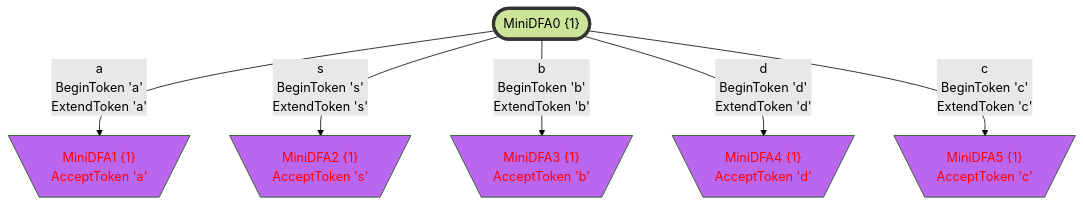
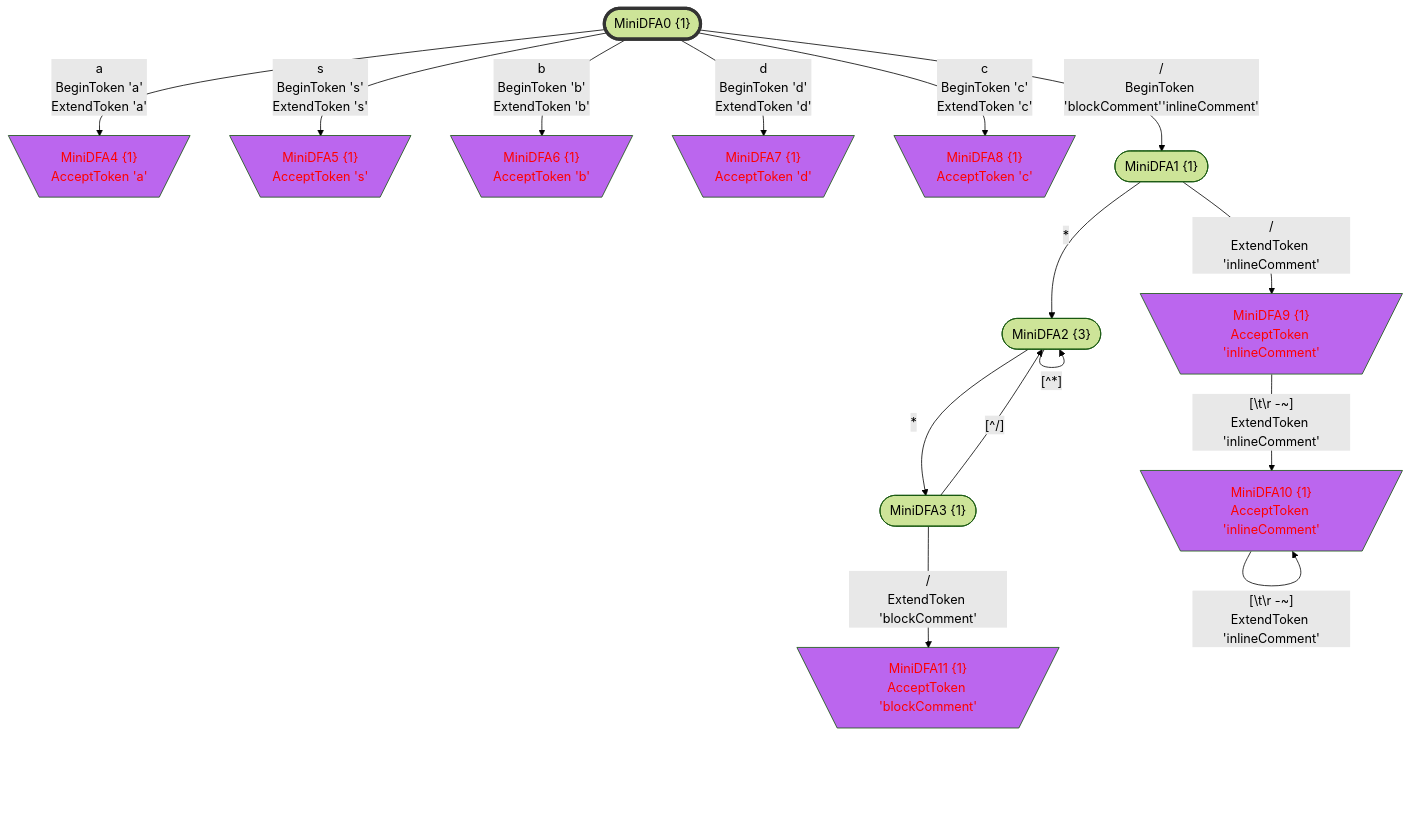
One commit to bitzhuwei/GrammarMentor changed the seventh of 7 diagrams in Practices/Practice.GeneratedXxxFormat.Test/GeneratedSAB/doc/LexicalStates.gen.md. Above: the diagram before and after it, drawn with Mermaid (forest theme). The commit also changed other lines of this file and 3868 other files, not shown here.

````diff
--- a/Practices/Practice.GeneratedXxxFormat.Test/GeneratedSAB/doc/LexicalStates.gen.md
+++ b/Practices/Practice.GeneratedXxxFormat.Test/GeneratedSAB/doc/LexicalStates.gen.md
@@ -647,50 +1080,76 @@
 ```Mermaid
 flowchart
 classDef c0001 color:#FF0000;
 classDef c0010 stroke-dasharray: 10 10;
 classDef c0011 stroke-dasharray: 10 10,color:#FF0000;
 classDef c0100 fill:#BB66EE;
 classDef c0101 fill:#BB66EE,color:#FF0000;
 classDef c0110 fill:#BB66EE,stroke-dasharray: 10 10;
 classDef c0111 fill:#BB66EE,stroke-dasharray: 10 10,color:#FF0000;
 classDef c1000 stroke:#333,stroke-width:4px;
 classDef c1001 stroke:#333,stroke-width:4px,color:#FF0000;
 classDef c1010 stroke:#333,stroke-width:4px,stroke-dasharray: 10 10;
 classDef c1011 stroke:#333,stroke-width:4px,stroke-dasharray: 10 10,color:#FF0000;
 classDef c1100 stroke:#333,stroke-width:4px,fill:#BB66EE;
 classDef c1101 stroke:#333,stroke-width:4px,fill:#BB66EE,color:#FF0000;
 classDef c1110 stroke:#333,stroke-width:4px,fill:#BB66EE,stroke-dasharray: 10 10;
 classDef c1111 stroke:#333,stroke-width:4px,fill:#BB66EE,stroke-dasharray: 10 10,color:#FF0000;
-MiniDFA0_1624780686(["MiniDFA0 {1}"])
-class MiniDFA0_1624780686 c1000;
-MiniDFA1_-194746031[\"MiniDFA1 {1}
+MiniDFA0_266130706(["MiniDFA0 {1}"])
+class MiniDFA0_266130706 c1000;
+MiniDFA4_1173141555[\"MiniDFA4 {1}
 AcceptToken 'a'"/]
-class MiniDFA1_-194746031 c0101;
-MiniDFA2_1371428703[\"MiniDFA2 {1}
+class MiniDFA4_1173141555 c0101;
+MiniDFA5_1460028246[\"MiniDFA5 {1}
 AcceptToken 's'"/]
-class MiniDFA2_1371428703 c0101;
-MiniDFA3_-2016048439[\"MiniDFA3 {1}
+class MiniDFA5_1460028246 c0101;
+MiniDFA6_-2120954286[\"MiniDFA6 {1}
 AcceptToken 'b'"/]
-class MiniDFA3_-2016048439 c0101;
-MiniDFA4_-7959560[\"MiniDFA4 {1}
+class MiniDFA6_-2120954286 c0101;
+MiniDFA7_-329204845[\"MiniDFA7 {1}
 AcceptToken 'd'"/]
-class MiniDFA4_-7959560 c0101;
-MiniDFA5_1506712241[\"MiniDFA5 {1}
+class MiniDFA7_-329204845 c0101;
+MiniDFA8_2134578056[\"MiniDFA8 {1}
 AcceptToken 'c'"/]
-class MiniDFA5_1506712241 c0101;
-MiniDFA0_1624780686 -->|"a
+class MiniDFA8_2134578056 c0101;
+MiniDFA1_1733509379(["MiniDFA1 {1}"])
+MiniDFA2_-340209735(["MiniDFA2 {3}"])
+MiniDFA9_52617251[\"MiniDFA9 {1}
+AcceptToken 'inlineComment'"/]
+class MiniDFA9_52617251 c0101;
+MiniDFA3_736710712(["MiniDFA3 {1}"])
+MiniDFA10_1666738974[\"MiniDFA10 {1}
+AcceptToken 'inlineComment'"/]
+class MiniDFA10_1666738974 c0101;
+MiniDFA11_821581297[\"MiniDFA11 {1}
+AcceptToken 'blockComment'"/]
+class MiniDFA11_821581297 c0101;
+MiniDFA0_266130706 -->|"a
 BeginToken 'a'
-ExtendToken 'a'"|MiniDFA1_-194746031
-MiniDFA0_1624780686 -->|"s
+ExtendToken 'a'"|MiniDFA4_1173141555
+MiniDFA0_266130706 -->|"s
 BeginToken 's'
-ExtendToken 's'"|MiniDFA2_1371428703
-MiniDFA0_1624780686 -->|"b
+ExtendToken 's'"|MiniDFA5_1460028246
+MiniDFA0_266130706 -->|"b
 BeginToken 'b'
-ExtendToken 'b'"|MiniDFA3_-2016048439
-MiniDFA0_1624780686 -->|"d
+ExtendToken 'b'"|MiniDFA6_-2120954286
+MiniDFA0_266130706 -->|"d
 BeginToken 'd'
-ExtendToken 'd'"|MiniDFA4_-7959560
-MiniDFA0_1624780686 -->|"c
+ExtendToken 'd'"|MiniDFA7_-329204845
+MiniDFA0_266130706 -->|"c
 BeginToken 'c'
-ExtendToken 'c'"|MiniDFA5_1506712241
+ExtendToken 'c'"|MiniDFA8_2134578056
+MiniDFA0_266130706 -->|"/
+BeginToken 'blockComment''inlineComment'"|MiniDFA1_1733509379
+MiniDFA1_1733509379 -->|"*"|MiniDFA2_-340209735
+MiniDFA1_1733509379 -->|"/
+ExtendToken 'inlineComment'"|MiniDFA9_52617251
+MiniDFA2_-340209735 -->|"[^*]"|MiniDFA2_-340209735
+MiniDFA2_-340209735 -->|"*"|MiniDFA3_736710712
+MiniDFA9_52617251 -->|"[#92;t#92;r#32;-~]
+ExtendToken 'inlineComment'"|MiniDFA10_1666738974
+MiniDFA3_736710712 -->|"[^/]"|MiniDFA2_-340209735
+MiniDFA3_736710712 -->|"/
+ExtendToken 'blockComment'"|MiniDFA11_821581297
+MiniDFA10_1666738974 -->|"[#92;t#92;r#32;-~]
+ExtendToken 'inlineComment'"|MiniDFA10_1666738974
 ```
````
